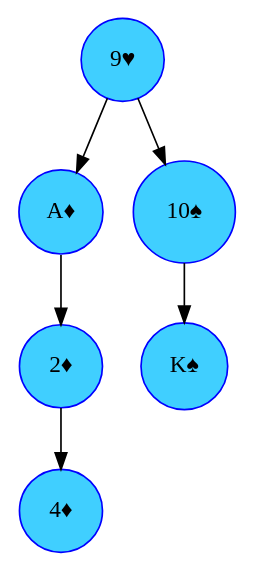
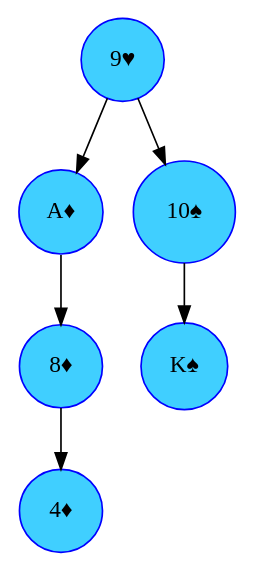
One commit to MarianoFrancisco/Proyecto2-EstructuraDeDatos changed the diagram in treeAvlDot.dot. Above: the diagram before and after it, drawn with Graphviz. The commit also changed 10 other files, not shown here.

```diff
--- a/treeAvlDot.dot
+++ b/treeAvlDot.dot
@@ -1,14 +1,14 @@
 digraph G
 {
     node[shape = circle]
     node[style = filled]
     node[fillcolor = "#40CFFF"]
     node[color = "#0000FF"]
     edge[color = "#000000"]
-"9&#9829;"->"A&#9830;"->"2&#9830;"->"4&#9830;"
+"9&#9829;"->"A&#9830;"->"8&#9830;"->"4&#9830;"
 
 
 "9&#9829;"->"10&#9824;"->"K&#9824;"
 
 
 }
```
